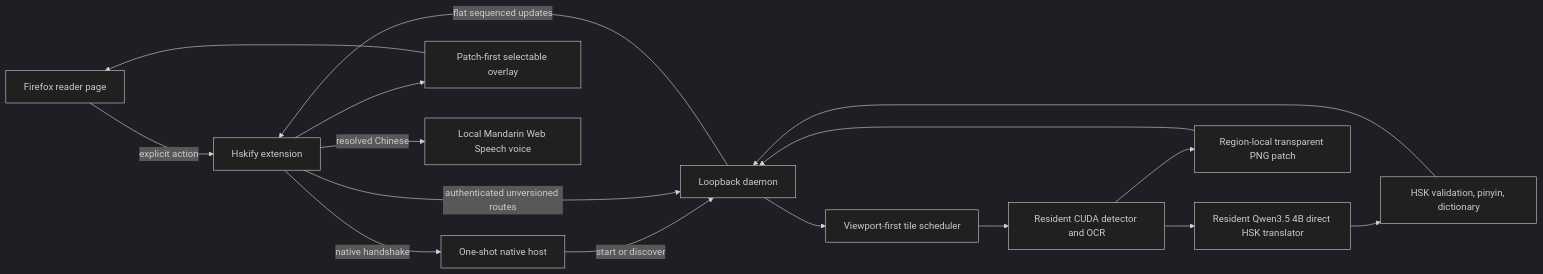
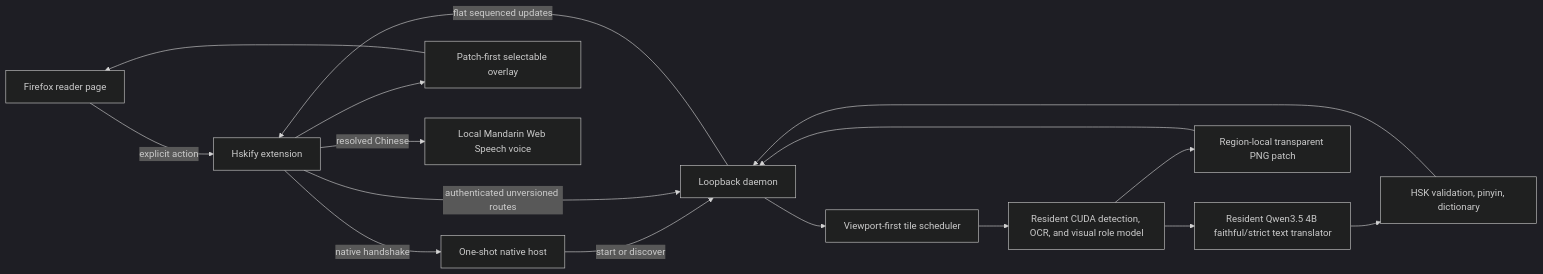
One commit to jzheng2017/hskify changed the diagram in docs/architecture.md. Above: the diagram before and after it, drawn with Mermaid (dark theme). The commit also changed other lines of this file and 69 other files, not shown here.

````diff
--- a/docs/architecture.md
+++ b/docs/architecture.md
@@ -10,27 +10,27 @@
 ```mermaid
 flowchart LR
     Reader["Firefox reader page"]
     Extension["Hskify extension"]
     Host["One-shot native host"]
     Daemon["Loopback daemon"]
     Scheduler["Viewport-first tile scheduler"]
-    Vision["Resident CUDA detector and OCR"]
-    Translator["Resident Qwen3.5 4B direct HSK translator"]
+    Vision["Resident CUDA detection, OCR, and visual role model"]
+    Translator["Resident Qwen3.5 4B faithful/strict text translator"]
     Control["HSK validation, pinyin, dictionary"]
     Patch["Region-local transparent PNG patch"]
     Overlay["Patch-first selectable overlay"]
     Speech["Local Mandarin Web Speech voice"]
 
     Reader -->|"explicit action"| Extension
     Extension -->|"native handshake"| Host
     Host -->|"start or discover"| Daemon
     Extension -->|"authenticated unversioned routes"| Daemon
     Daemon --> Scheduler --> Vision
     Vision --> Patch
     Vision --> Translator --> Control
     Patch --> Daemon
     Control --> Daemon
     Daemon -->|"flat sequenced updates"| Extension
     Extension --> Overlay --> Reader
     Extension -->|"resolved Chinese"| Speech
 ```
````
